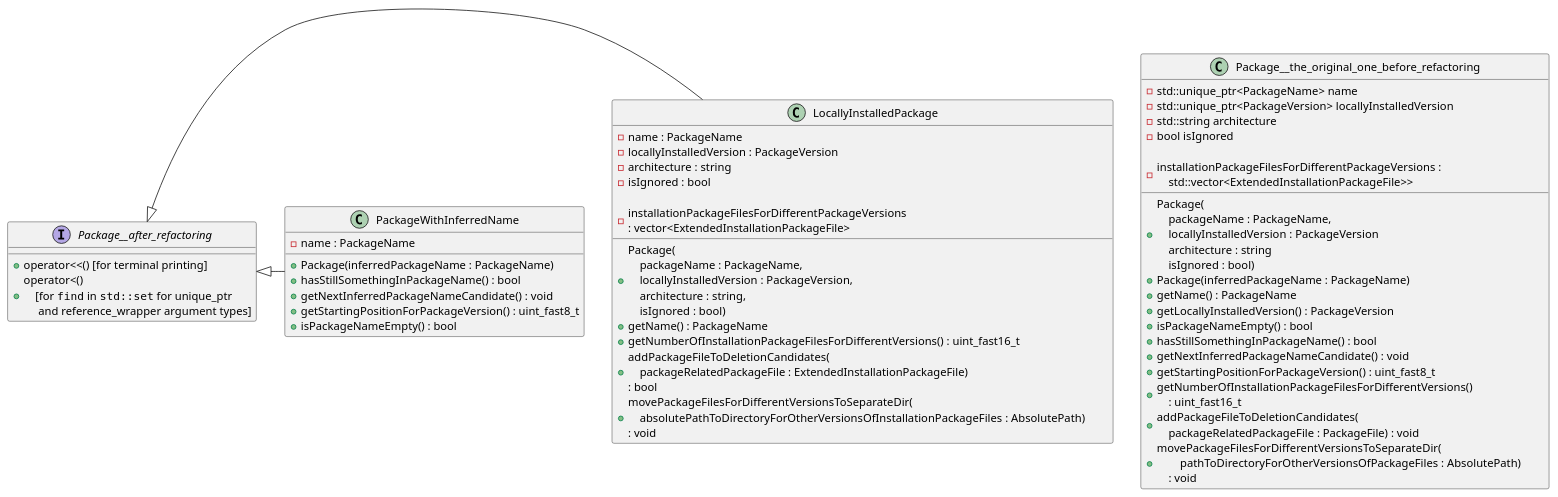
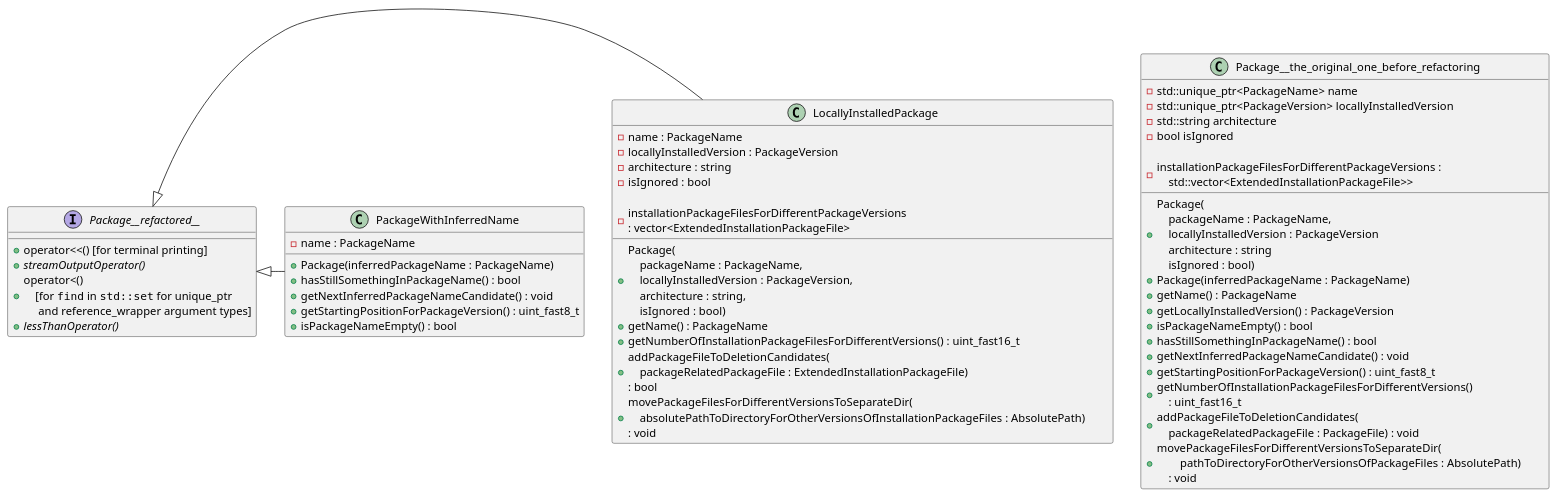
Before and after one commit to kyberdrb/clean_pacman_cache_dir: the diagram in Refactoring_Package_due_to_using_a_subset_of_features_for_packageWithInferredName_of_original_Package_type_and_initializing_the_rest_to_undefined_values-Class_diagram.puml, drawn with PlantUML. The commit also changed 5 other files, not shown here.

```diff
--- a/Refactoring_Package_due_to_using_a_subset_of_features_for_packageWithInferredName_of_original_Package_type_and_initializing_the_rest_to_undefined_values-Class_diagram.puml
+++ b/Refactoring_Package_due_to_using_a_subset_of_features_for_packageWithInferredName_of_original_Package_type_and_initializing_the_rest_to_undefined_values-Class_diagram.puml
@@ -1,87 +1,89 @@
 @startuml
 
 'Proposed solutions to avoid assigning reference member attributes to temporary values in single-argument constructor:
 ' - Inheritance/Implementation of interface - a class with only pure virtual functions with commonfunctions
 '   - overkill/not necessary - I don't use them in one container, neither I want to complicate my code with abstractions for simplicity and understandability
 ' - Splitting one 'PackageFile'
 '   - to two classes
 '   - then encapsulate the 'string' type 'filname' and 'absolutePath' member variables to custom defined classes 'Filename' and 'AbsolutePath' for expressivenes
 '   - Accepted solution
 
 class Package__the_original_one_before_refactoring {
     + Package(\
         \n    packageName : PackageName,\
         \n    locallyInstalledVersion : PackageVersion\
         \n    architecture : string\
         \n    isIgnored : bool)
     + Package(inferredPackageName : PackageName)
     + getName() : PackageName
     + getLocallyInstalledVersion() : PackageVersion
     + isPackageNameEmpty() : bool
     + hasStillSomethingInPackageName() : bool
     + getNextInferredPackageNameCandidate() : void
     + getStartingPositionForPackageVersion() : uint_fast8_t
     + getNumberOfInstallationPackageFilesForDifferentVersions()\
         \n    : uint_fast16_t
     + addPackageFileToDeletionCandidates(\
         \n    packageRelatedPackageFile : PackageFile) : void
     + movePackageFilesForDifferentVersionsToSeparateDir(\
         \n        pathToDirectoryForOtherVersionsOfPackageFiles : AbsolutePath)\
         \n    : void
 
     - std::unique_ptr<PackageName> name
     - std::unique_ptr<PackageVersion> locallyInstalledVersion
     - std::string architecture
     - bool isIgnored
 
     - installationPackageFilesForDifferentPackageVersions :\
         \n    std::vector<ExtendedInstallationPackageFile>>
 }
 
 'Analysis
 
-interface Package__after_refactoring {
+interface Package__refactored__ {
     + operator<<() [for terminal printing]
+    + {abstract} streamOutputOperator()
     + operator<()\
     \n    [for ""find"" in ""std::set"" for unique_ptr\
     \n     and reference_wrapper argument types]
+    + {abstract} lessThanOperator()
 }
 
 class LocallyInstalledPackage {
     + Package(\
     \n    packageName : PackageName,\
     \n    locallyInstalledVersion : PackageVersion,\
     \n    architecture : string,\
     \n    isIgnored : bool)
     + getName() : PackageName
     + getNumberOfInstallationPackageFilesForDifferentVersions() : uint_fast16_t
     + addPackageFileToDeletionCandidates(\
     \n    packageRelatedPackageFile : ExtendedInstallationPackageFile)\
     \n: bool
     + movePackageFilesForDifferentVersionsToSeparateDir(\
         \n    absolutePathToDirectoryForOtherVersionsOfInstallationPackageFiles : AbsolutePath)\
         \n: void
     - name : PackageName
     - locallyInstalledVersion : PackageVersion
     - architecture : string
     - isIgnored : bool
 
     - installationPackageFilesForDifferentPackageVersions\
     \n: vector<ExtendedInstallationPackageFile>
 }
 
-Package__after_refactoring <|- LocallyInstalledPackage
+Package__refactored__ <|- LocallyInstalledPackage
 
 class PackageWithInferredName {
     + Package(inferredPackageName : PackageName)
     + hasStillSomethingInPackageName() : bool
     '+ operator<() [for ""find"" in ""std::set""]
     + getNextInferredPackageNameCandidate() : void
     + getStartingPositionForPackageVersion() : uint_fast8_t
     + isPackageNameEmpty() : bool
     - name : PackageName
 }
 
-Package__after_refactoring <|- PackageWithInferredName
+Package__refactored__ <|- PackageWithInferredName
 
 @enduml
```
